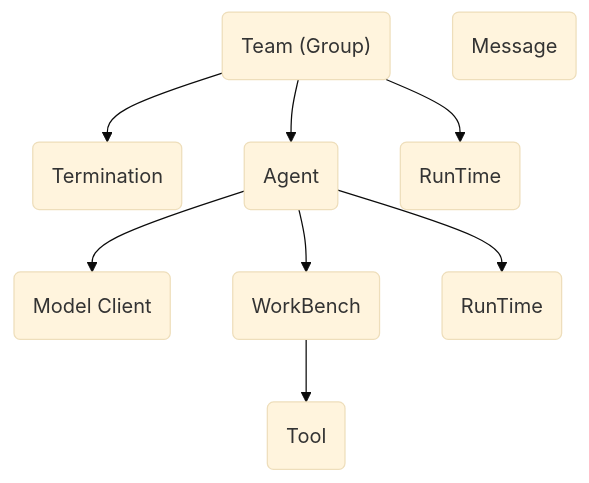
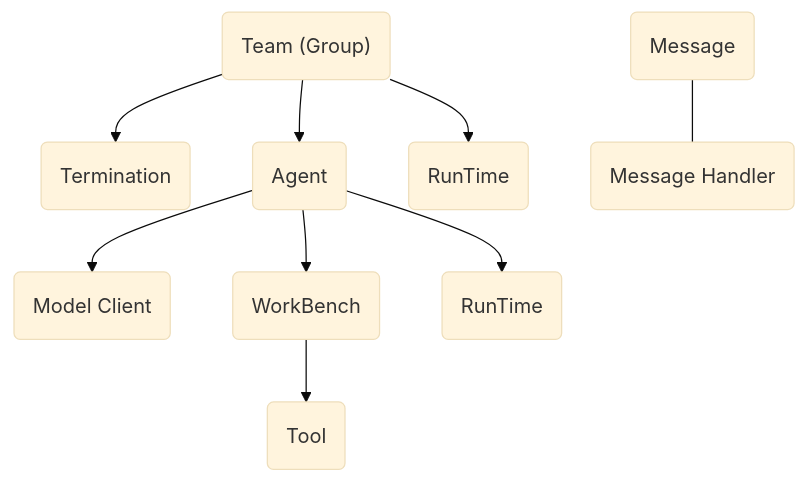
The first of 5 diagrams in AutoGen源码解析.md (a171232886/Note_Python), drawn with Mermaid (base theme) before and after one commit. The commit also changed other lines of this file, not shown here.

````diff
--- a/AutoGen源码解析.md
+++ b/AutoGen源码解析.md
@@ -9,14 +9,15 @@
    ```mermaid
    flowchart TB
    	A("Team (Group)") --> C(Termination)
    	A --> B(Agent)
    	A --> D(RunTime)
    	
    	B-->E(Model Client)
    	B-->F(WorkBench)
    	B-->G(RunTime)
    	
-   	H(Message)
+   	H(Message) --- J("Message Handler")
    	
    	F-->I(Tool)
+   	
    ```
````
